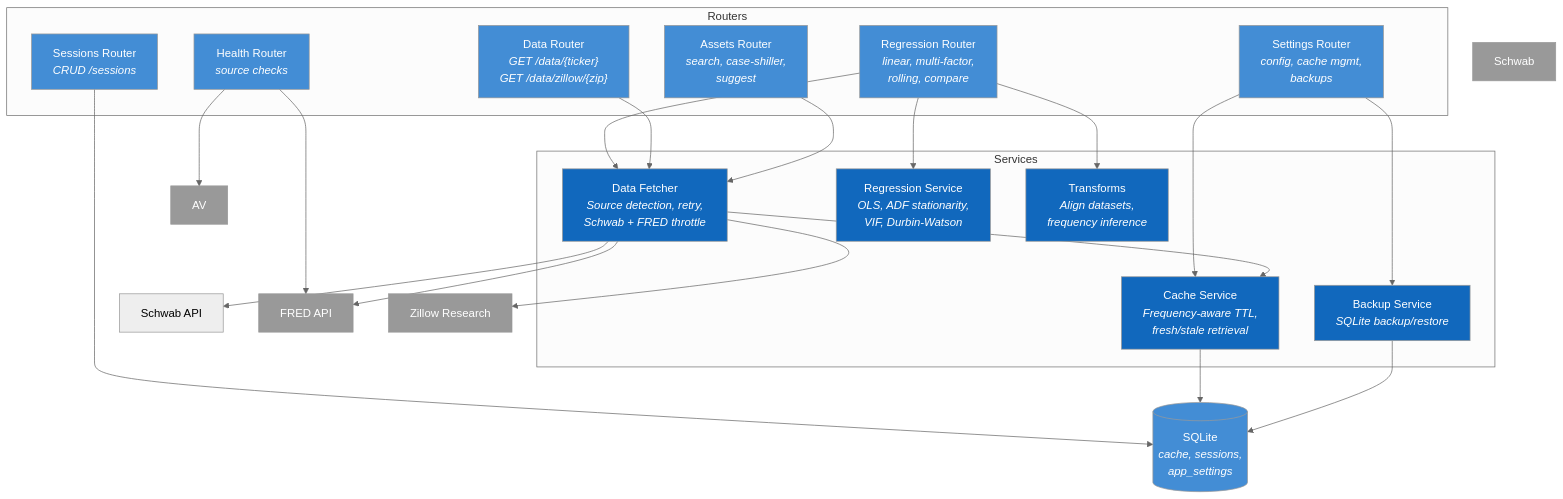
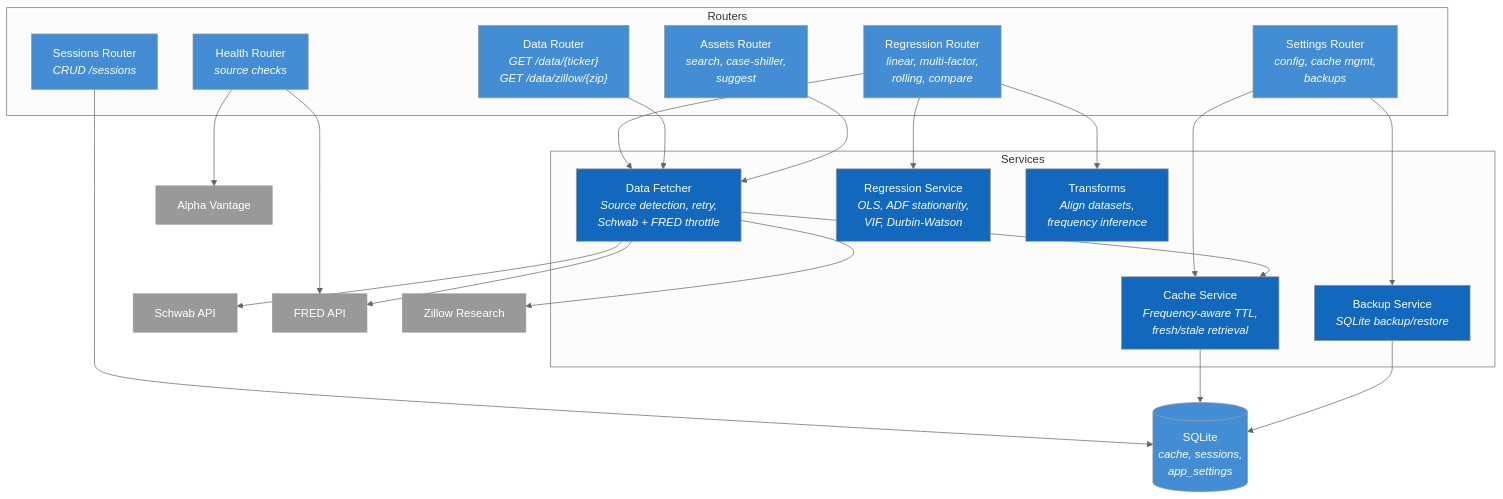
One commit to ssandy33/regress changed the third of 4 diagrams in README.md. Above: the diagram before and after it, drawn with Mermaid (neutral theme). The commit also changed other lines of this file and 4 other files, not shown here.

````diff
--- a/README.md
+++ b/README.md
@@ -151,59 +155,60 @@
 ```mermaid
 graph TB
     subgraph Routers
         RR["Regression Router<br/><i>linear, multi-factor,<br/>rolling, compare</i>"]
         DR["Data Router<br/><i>GET /data/{ticker}<br/>GET /data/zillow/{zip}</i>"]
         AR["Assets Router<br/><i>search, case-shiller,<br/>suggest</i>"]
         SR["Sessions Router<br/><i>CRUD /sessions</i>"]
         STR["Settings Router<br/><i>config, cache mgmt,<br/>backups</i>"]
         HR["Health Router<br/><i>source checks</i>"]
     end
 
     subgraph Services
         DF["Data Fetcher<br/><i>Source detection, retry,<br/>Schwab + FRED throttle</i>"]
         RS["Regression Service<br/><i>OLS, ADF stationarity,<br/>VIF, Durbin-Watson</i>"]
         CS["Cache Service<br/><i>Frequency-aware TTL,<br/>fresh/stale retrieval</i>"]
         BS["Backup Service<br/><i>SQLite backup/restore</i>"]
         TR["Transforms<br/><i>Align datasets,<br/>frequency inference</i>"]
     end
 
     DB[("SQLite<br/><i>cache, sessions,<br/>app_settings</i>")]
-    Schwab2["Schwab API"]
+    Schwab["Schwab API"]
     FRED["FRED API"]
     Zillow["Zillow Research"]
+    AV["Alpha Vantage"]
 
     RR --> RS
     RR --> DF
     RR --> TR
     DR --> DF
     AR --> DF
     SR --> DB
     STR --> CS
     STR --> BS
     HR --> AV
     HR --> FRED
 
     DF --> CS
-    DF --> Schwab2
+    DF --> Schwab
     DF --> FRED
     DF --> Zillow
     CS --> DB
     BS --> DB
 
     style RR fill:#438DD5,color:#fff
     style DR fill:#438DD5,color:#fff
     style AR fill:#438DD5,color:#fff
     style SR fill:#438DD5,color:#fff
     style STR fill:#438DD5,color:#fff
     style HR fill:#438DD5,color:#fff
     style DF fill:#1168BD,color:#fff
     style RS fill:#1168BD,color:#fff
     style CS fill:#1168BD,color:#fff
     style BS fill:#1168BD,color:#fff
     style TR fill:#1168BD,color:#fff
     style DB fill:#438DD5,color:#fff
     style Schwab fill:#999,color:#fff
     style AV fill:#999,color:#fff
     style FRED fill:#999,color:#fff
     style Zillow fill:#999,color:#fff
 ```
````
